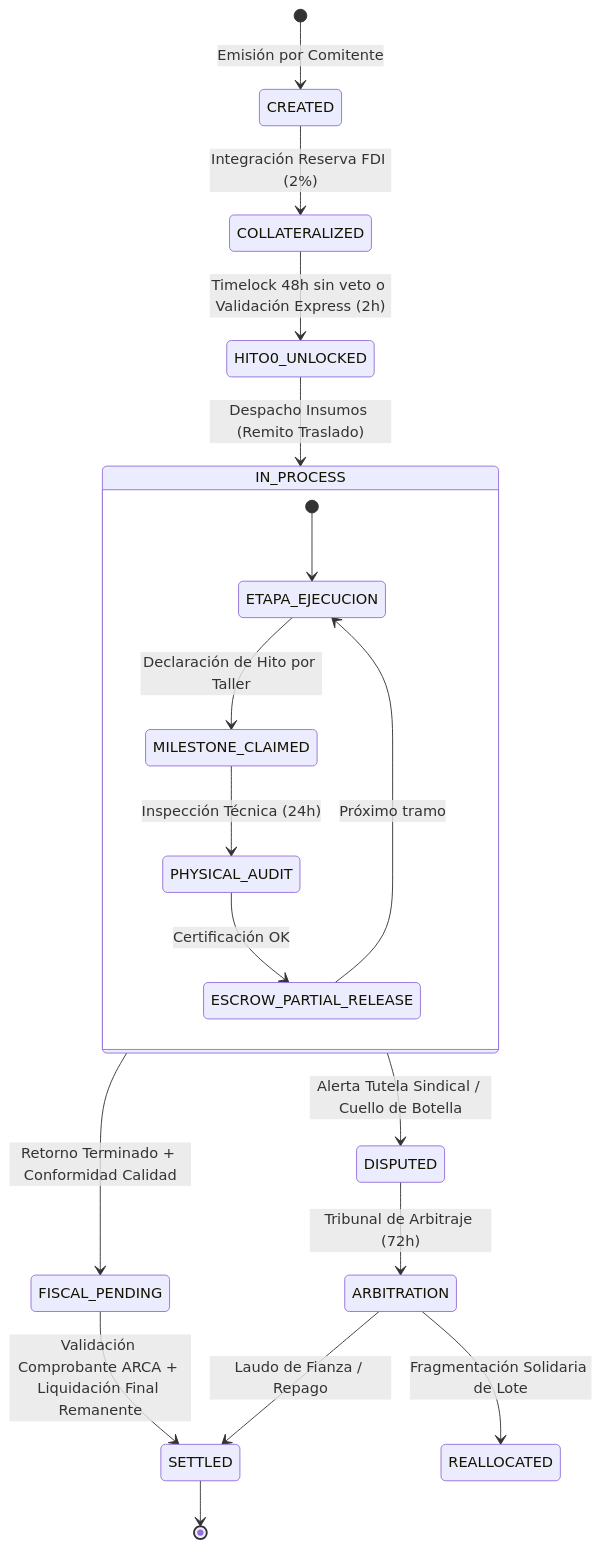
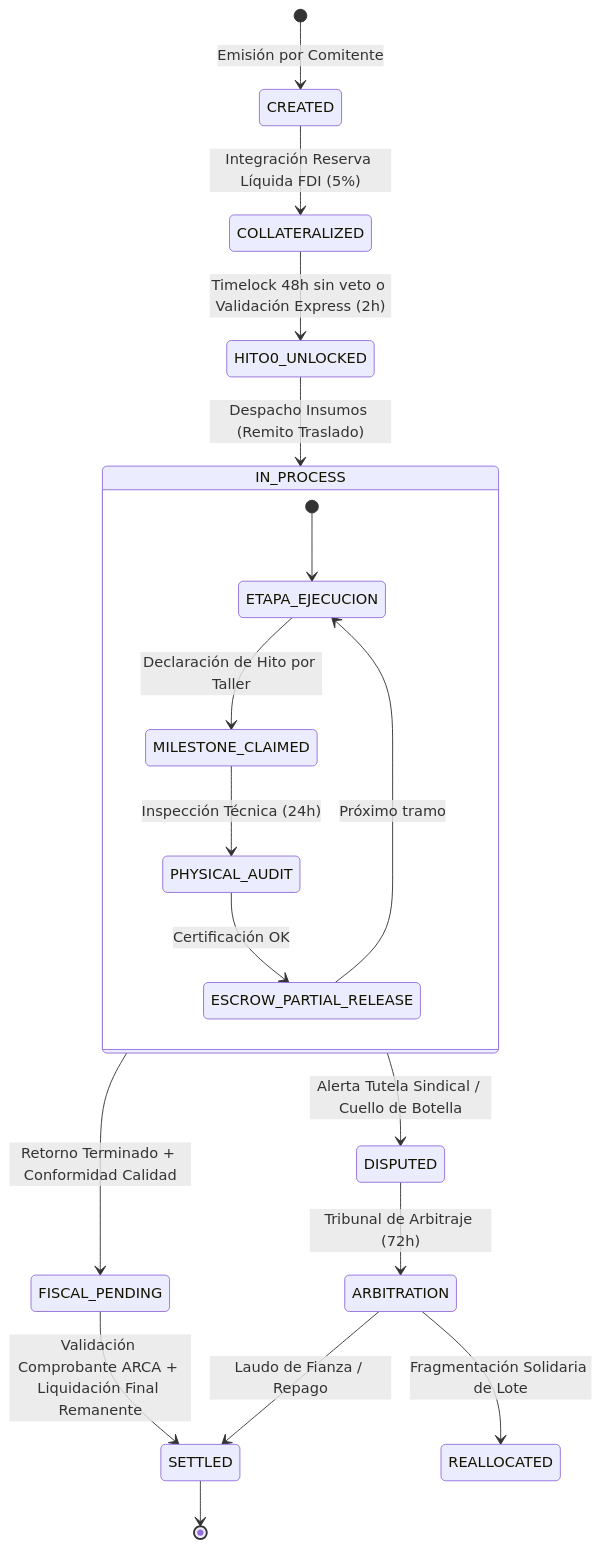
One commit to sarthouse/indinopy changed the third of 6 diagrams in docs/md/paper_protocolo_eop_gobernanza_industrial.md. Above: the diagram before and after it, drawn with Mermaid. The commit also changed other lines of this file and 24 other files, not shown here.

````diff
--- a/docs/md/paper_protocolo_eop_gobernanza_industrial.md
+++ b/docs/md/paper_protocolo_eop_gobernanza_industrial.md
@@ -186,24 +186,24 @@
 ```mermaid
 stateDiagram-v2
     [*] --> CREATED: Emisión por Comitente
-    CREATED --> COLLATERALIZED: Integración Reserva FDI (2%)
+    CREATED --> COLLATERALIZED: Integración Reserva Líquida FDI (5%)
     COLLATERALIZED --> HITO0_UNLOCKED: Timelock 48h sin veto o Validación Express (2h)
     HITO0_UNLOCKED --> IN_PROCESS: Despacho Insumos (Remito Traslado)
     
     state IN_PROCESS {
         [*] --> ETAPA_EJECUCION
         ETAPA_EJECUCION --> MILESTONE_CLAIMED: Declaración de Hito por Taller
         MILESTONE_CLAIMED --> PHYSICAL_AUDIT: Inspección Técnica (24h)
         PHYSICAL_AUDIT --> ESCROW_PARTIAL_RELEASE: Certificación OK
         ESCROW_PARTIAL_RELEASE --> ETAPA_EJECUCION: Próximo tramo
     }
     
     IN_PROCESS --> FISCAL_PENDING: Retorno Terminado + Conformidad Calidad
     FISCAL_PENDING --> SETTLED: Validación Comprobante ARCA + Liquidación Final Remanente
     IN_PROCESS --> DISPUTED: Alerta Tutela Sindical / Cuello de Botella
     
     DISPUTED --> ARBITRATION: Tribunal de Arbitraje (72h)
     ARBITRATION --> REALLOCATED: Fragmentación Solidaria de Lote
     ARBITRATION --> SETTLED: Laudo de Fianza / Repago
     SETTLED --> [*]
 ```
````
